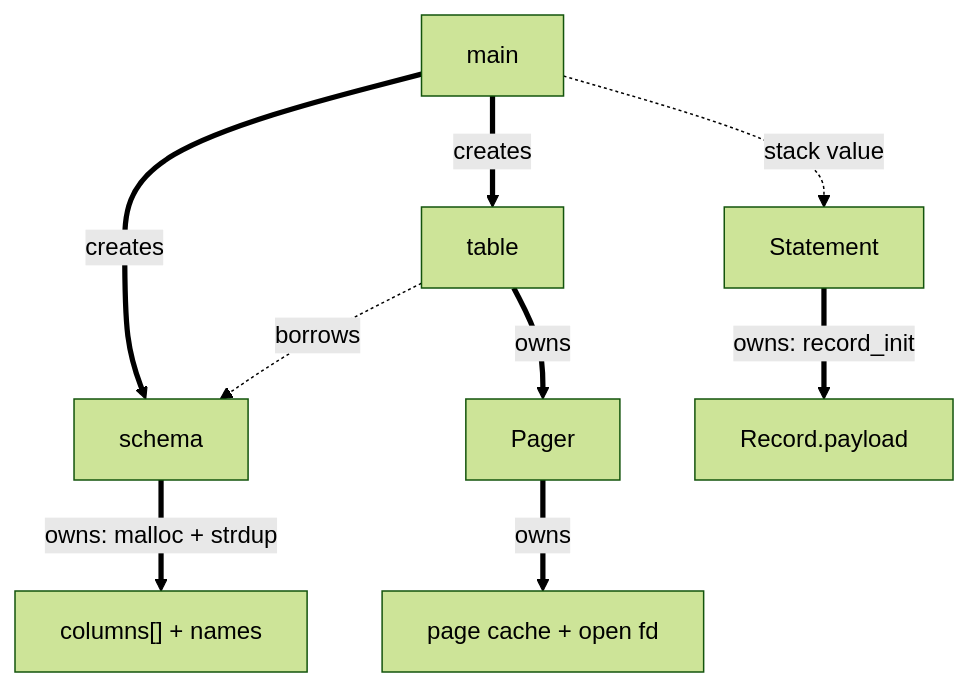
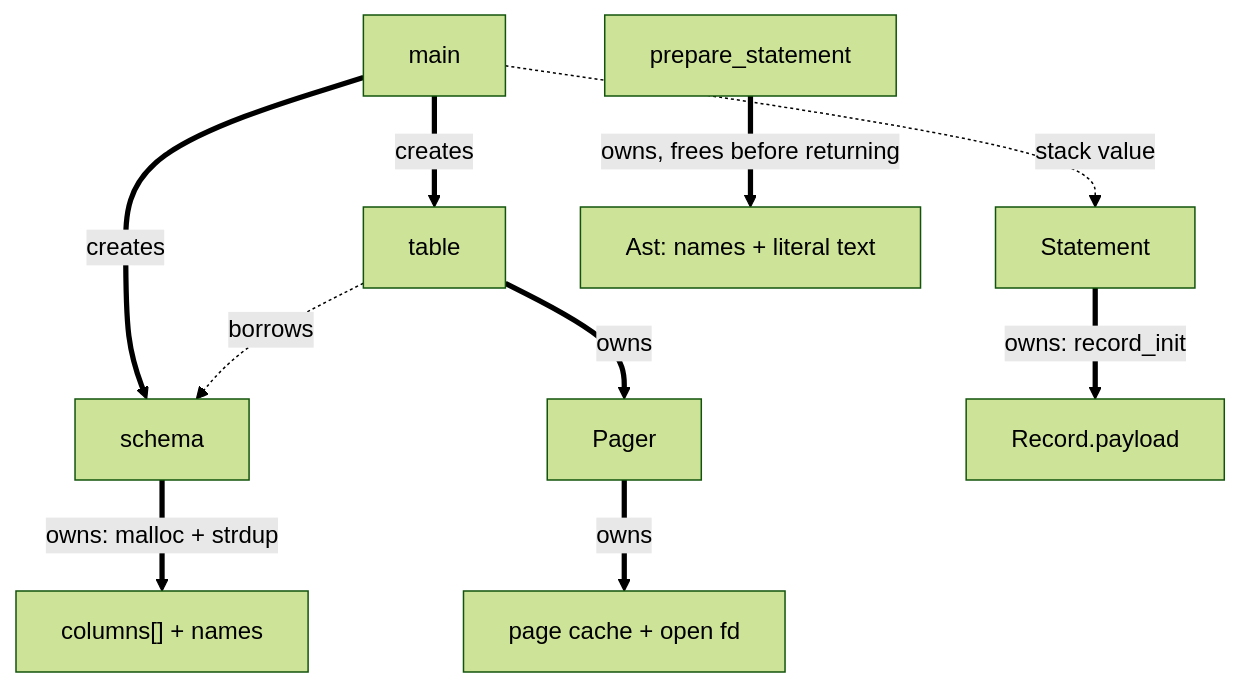
One commit to Rohitangshu2026/mini-sql changed diagram 17 of 20 in README.md. Above: the diagram before and after it, drawn with Mermaid (forest theme). The commit also changed other lines of this file, not shown here.

````diff
--- a/README.md
+++ b/README.md
@@ -783,12 +847,13 @@
 ```mermaid
 flowchart TD
     main ==>|creates| schema
     main ==>|creates| table
     main -.->|stack value| stmt["Statement"]
 
     schema ==>|owns: malloc + strdup| cols["columns[] + names"]
     table ==>|owns| pager["Pager"]
     pager ==>|owns| pagesfd["page cache + open fd"]
     table -.->|borrows| schema
     stmt ==>|owns: record_init| payload["Record.payload"]
+    prep["prepare_statement"] ==>|owns, frees before returning| ast["Ast: names + literal text"]
 ```
````
